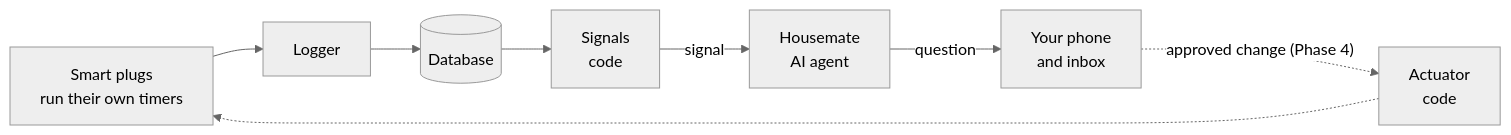
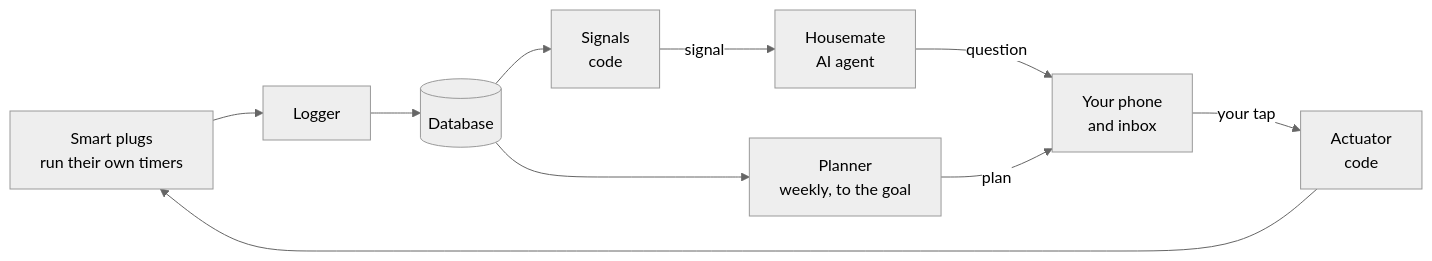
Before and after one commit to PaSathees/agentc-edge: the diagram in README.md, drawn with Mermaid (neutral theme). The commit also changed other lines of this file, not shown here.

First line of the commit message:
README: Phase 5 done; the Plan and Ask tabs (#30)

````diff
--- a/README.md
+++ b/README.md
@@ -11,8 +11,9 @@
 ```mermaid
 flowchart LR
   P["Smart plugs<br/>run their own timers"] --> L["Logger"] --> DB[("Database")]
   DB --> S["Signals<br/>code"]
   S -- "signal" --> A["Housemate<br/>AI agent"]
   A -- "question" --> O["Your phone<br/>and inbox"]
-  O -. "approved change (Phase 4)" .-> X["Actuator<br/>code"] -.-> P
+  DB --> W["Planner<br/>weekly, to the goal"] -- "plan" --> O
+  O -- "your tap" --> X["Actuator<br/>code"] --> P
 ```
````
